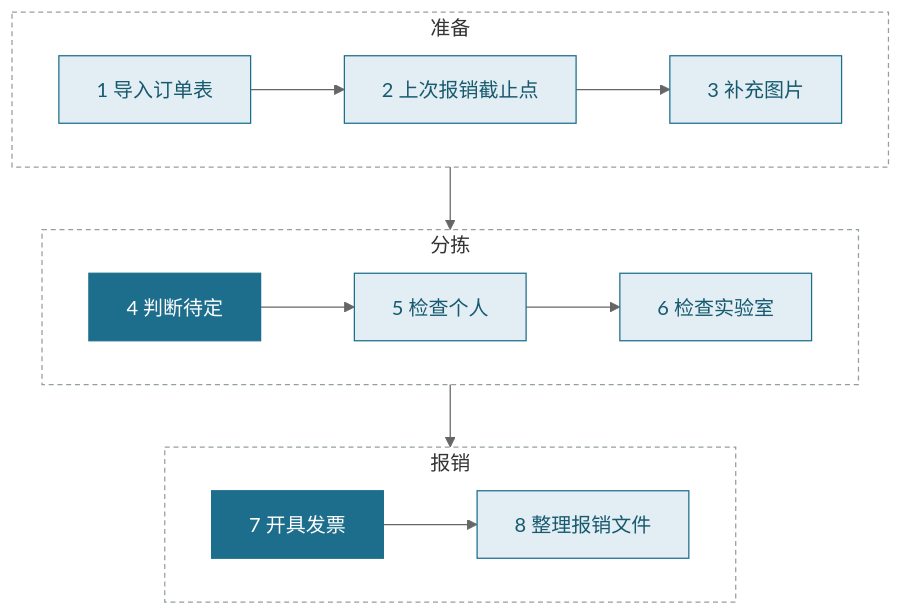
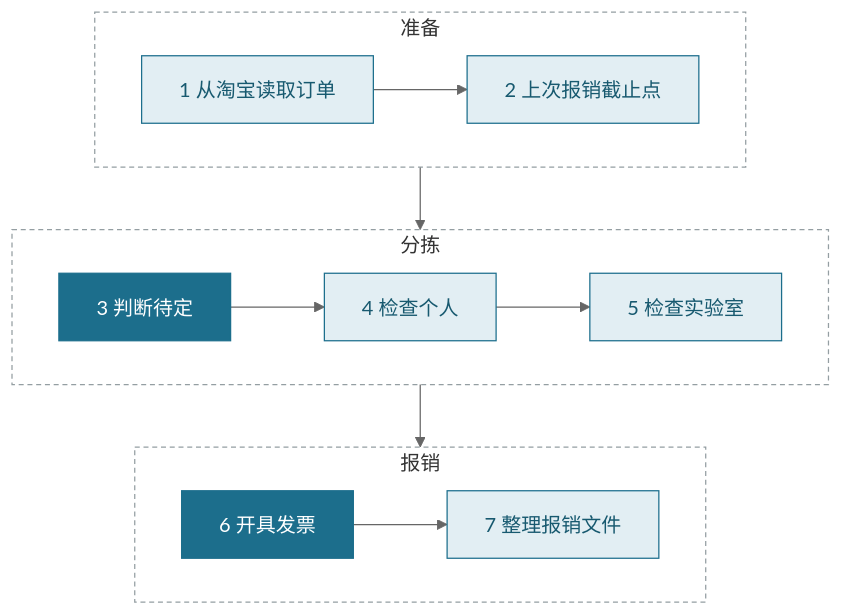
One commit to jackdhch/taobao-order-triage changed the first of 2 diagrams in README.md. Above: the diagram before and after it, drawn with Mermaid (neutral theme). The commit also changed other lines of this file and 20 other files, not shown here.

````diff
--- a/README.md
+++ b/README.md
@@ -129,23 +140,23 @@
 ```mermaid
 flowchart TB
     subgraph prep ["准备"]
         direction LR
-        s1["1 导入订单表"] --> s2["2 上次报销截止点"] --> s3["3 补充图片"]
+        s1["1 从淘宝读取订单"] --> s2["2 上次报销截止点"]
     end
     subgraph sort ["分拣"]
         direction LR
-        s4["4 判断待定"] --> s5["5 检查个人"] --> s6["6 检查实验室"]
+        s3["3 判断待定"] --> s4["4 检查个人"] --> s5["5 检查实验室"]
     end
     subgraph claim ["报销"]
         direction LR
-        s7["7 开具发票"] --> s8["8 整理报销文件"]
+        s6["6 开具发票"] --> s7["7 整理报销文件"]
     end
     prep --> sort --> claim
     style prep fill:none,stroke:#949EA2,stroke-dasharray:4 3
     style sort fill:none,stroke:#949EA2,stroke-dasharray:4 3
     style claim fill:none,stroke:#949EA2,stroke-dasharray:4 3
     classDef step fill:#E2EEF3,stroke:#1C6E8C,color:#17596F
     classDef key fill:#1C6E8C,stroke:#1C6E8C,color:#FFFFFF
-    class s1,s2,s3,s5,s6,s8 step
-    class s4,s7 key
+    class s1,s2,s4,s5,s7 step
+    class s3,s6 key
 ```
````
